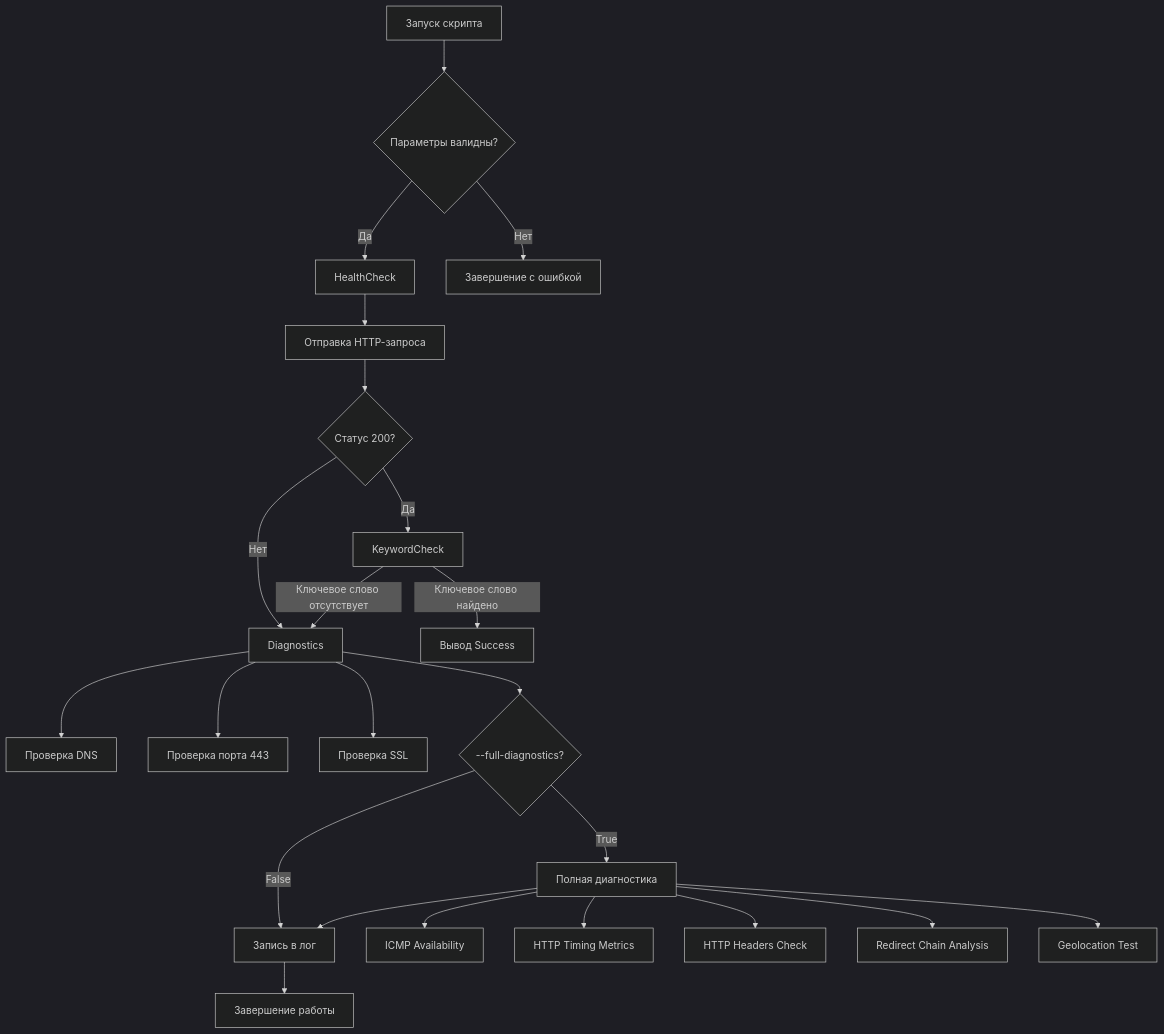
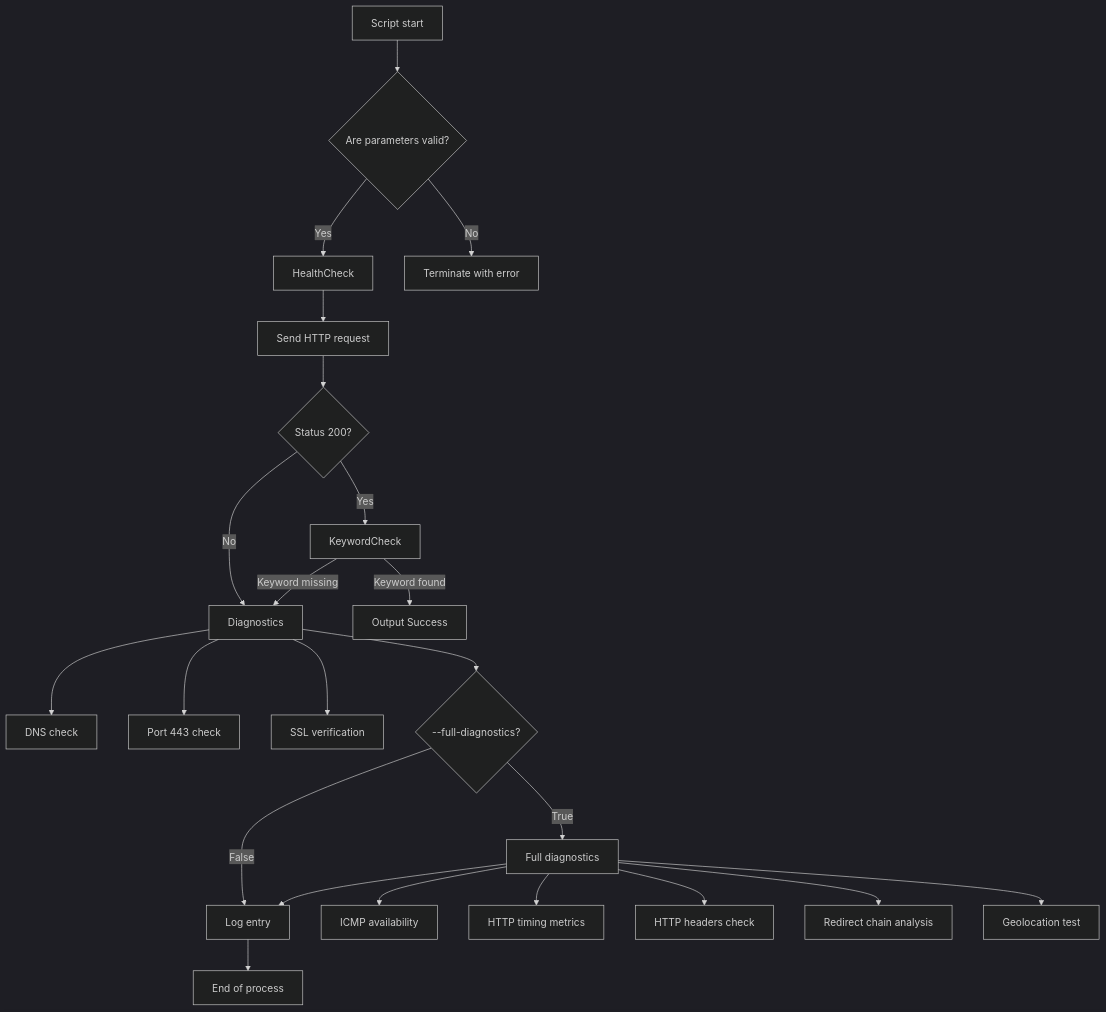
Before and after one commit to DeveloperDarkhan/servicehealth: the diagram in README.md, drawn with Mermaid (dark theme). The commit also changed other lines of this file, not shown here.

````diff
--- a/README.md
+++ b/README.md
@@ -141,29 +136,29 @@
 ```mermaid
 graph TD;
-    Start[Запуск скрипта] --> ParamCheck{Параметры валидны?};
-    ParamCheck -->|Да| HealthCheck;
-    ParamCheck -->|Нет| Error[Завершение с ошибкой];
-    HealthCheck --> HTTPReq[Отправка HTTP-запроса];
-    HTTPReq --> StatusCheck{Статус 200?};
-    StatusCheck -->|Да| KeywordCheck;
-    StatusCheck -->|Нет| Diagnostics;
-    KeywordCheck -->|Ключевое слово найдено| SuccessOutput[Вывод Success];
-    KeywordCheck -->|Ключевое слово отсутствует| Diagnostics;
-    
-    Diagnostics --> DNS[Проверка DNS];
-    Diagnostics --> Port[Проверка порта 443];
-    Diagnostics --> SSL[Проверка SSL];
+    Start[Script start] --> ParamCheck{Are parameters valid?};
+    ParamCheck -->|Yes| HealthCheck;
+    ParamCheck -->|No| Error[Terminate with error];
+    HealthCheck --> HTTPReq[Send HTTP request];
+    HTTPReq --> StatusCheck{Status 200?};
+    StatusCheck -->|Yes| KeywordCheck;
+    StatusCheck -->|No| Diagnostics;
+    KeywordCheck -->|Keyword found| SuccessOutput[Output Success];
+    KeywordCheck -->|Keyword missing| Diagnostics;
+
+    Diagnostics --> DNS[DNS check];
+    Diagnostics --> Port[Port 443 check];
+    Diagnostics --> SSL[SSL verification];
     Diagnostics --> CheckFullDiag{--full-diagnostics?};
-    
-    CheckFullDiag -->|True| FullDiagnostics[Полная диагностика];
-    CheckFullDiag -->|False| Log[Запись в лог];
-    
-    FullDiagnostics --> Ping[ICMP Availability];
-    FullDiagnostics --> HTTPTiming[HTTP Timing Metrics];
-    FullDiagnostics --> Headers[HTTP Headers Check];
-    FullDiagnostics --> Redirects[Redirect Chain Analysis];
-    FullDiagnostics --> Geolocation[Geolocation Test];
+
+    CheckFullDiag -->|True| FullDiagnostics[Full diagnostics];
+    CheckFullDiag -->|False| Log[Log entry];
+
+    FullDiagnostics --> Ping[ICMP availability];
+    FullDiagnostics --> HTTPTiming[HTTP timing metrics];
+    FullDiagnostics --> Headers[HTTP headers check];
+    FullDiagnostics --> Redirects[Redirect chain analysis];
+    FullDiagnostics --> Geolocation[Geolocation test];
     FullDiagnostics --> Log;
-    
-    Log --> Exit[Завершение работы];
+
+    Log --> Exit[End of process];
 ```
````
